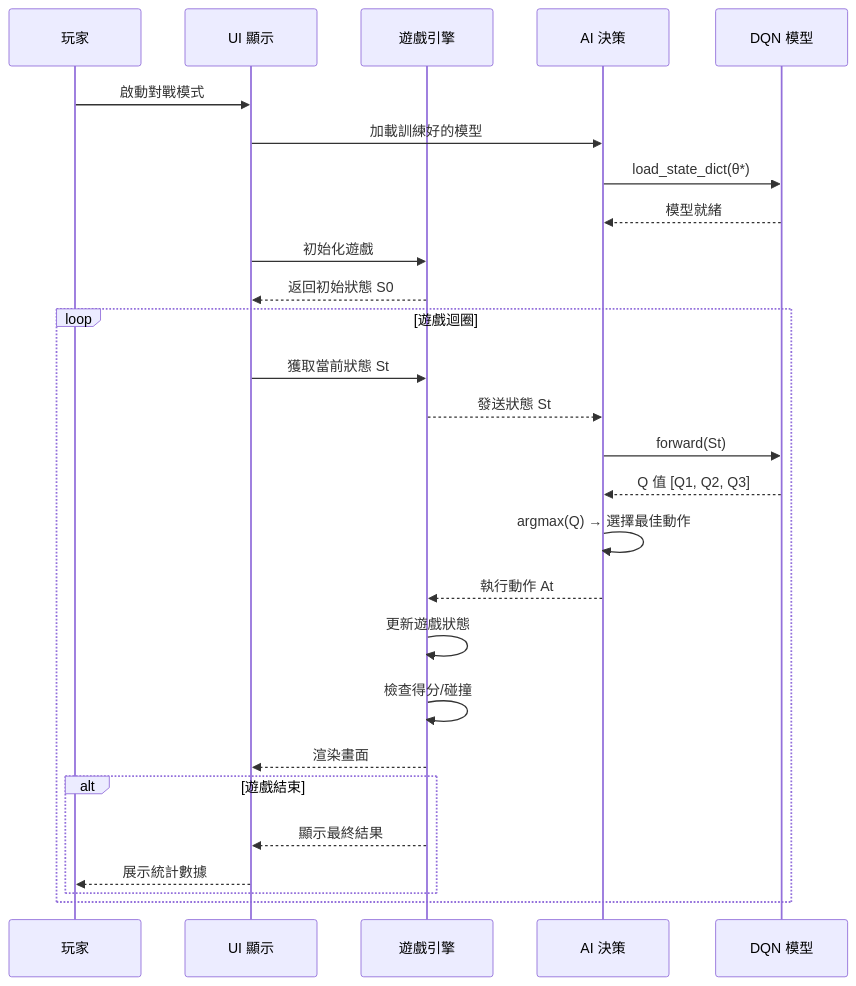
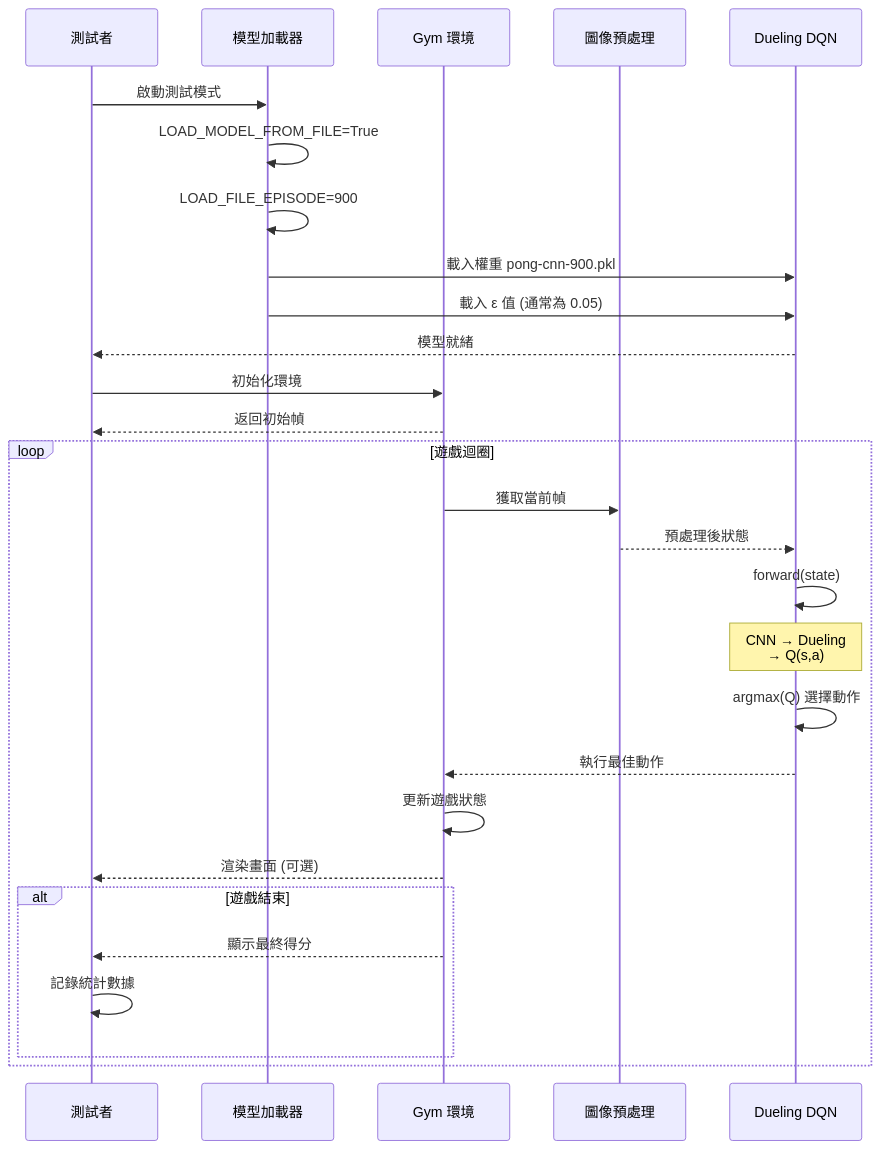
One commit to C111112104/ML_Game changed the sixth of 8 diagrams in doc/ping-pong-ai-project.md. Above: the diagram before and after it, drawn with Mermaid. The commit also changed other lines of this file, not shown here.

````diff
--- a/doc/ping-pong-ai-project.md
+++ b/doc/ping-pong-ai-project.md
@@ -340,35 +374,36 @@
 ```mermaid
 sequenceDiagram
-    participant User as 玩家
-    participant UI as UI 顯示
-    participant Env as 遊戲引擎
-    participant Agent as AI 決策
-    participant DQN as DQN 模型
+    participant User as 測試者
+    participant Load as 模型加載器
+    participant Env as Gym 環境
+    participant Pre as 圖像預處理
+    participant DQN as Dueling DQN
 
-    User->>UI: 啟動對戰模式
-    UI->>Agent: 加載訓練好的模型
-    Agent->>DQN: load_state_dict(θ*)
-    DQN-->>Agent: 模型就緒
+    User->>Load: 啟動測試模式
+    Load->>Load: LOAD_MODEL_FROM_FILE=True
+    Load->>Load: LOAD_FILE_EPISODE=900
+    Load->>DQN: 載入權重 pong-cnn-900.pkl
+    Load->>DQN: 載入 ε 值 (通常為 0.05)
+    DQN-->>User: 模型就緒
 
-    UI->>Env: 初始化遊戲
-    Env-->>UI: 返回初始狀態 S0
+    User->>Env: 初始化環境
+    Env-->>User: 返回初始幀
 
     loop 遊戲迴圈
-        UI->>Env: 獲取當前狀態 St
-        Env-->>Agent: 發送狀態 St
+        Env->>Pre: 獲取當前幀
+        Pre-->>DQN: 預處理後狀態
 
-        Agent->>DQN: forward(St)
-        DQN-->>Agent: Q 值 [Q1, Q2, Q3]
-        Agent->>Agent: argmax(Q) → 選擇最佳動作
-        Agent-->>Env: 執行動作 At
+        DQN->>DQN: forward(state)
+        Note over DQN: CNN → Dueling<br/>→ Q(s,a)
+        DQN->>DQN: argmax(Q) 選擇動作
+        DQN-->>Env: 執行最佳動作
 
         Env->>Env: 更新遊戲狀態
-        Env->>Env: 檢查得分/碰撞
-        Env-->>UI: 渲染畫面
+        Env-->>User: 渲染畫面 (可選)
 
         alt 遊戲結束
-            Env-->>UI: 顯示最終結果
-            UI-->>User: 展示統計數據
+            Env-->>User: 顯示最終得分
+            User->>User: 記錄統計數據
         end
     end
 ```
````
